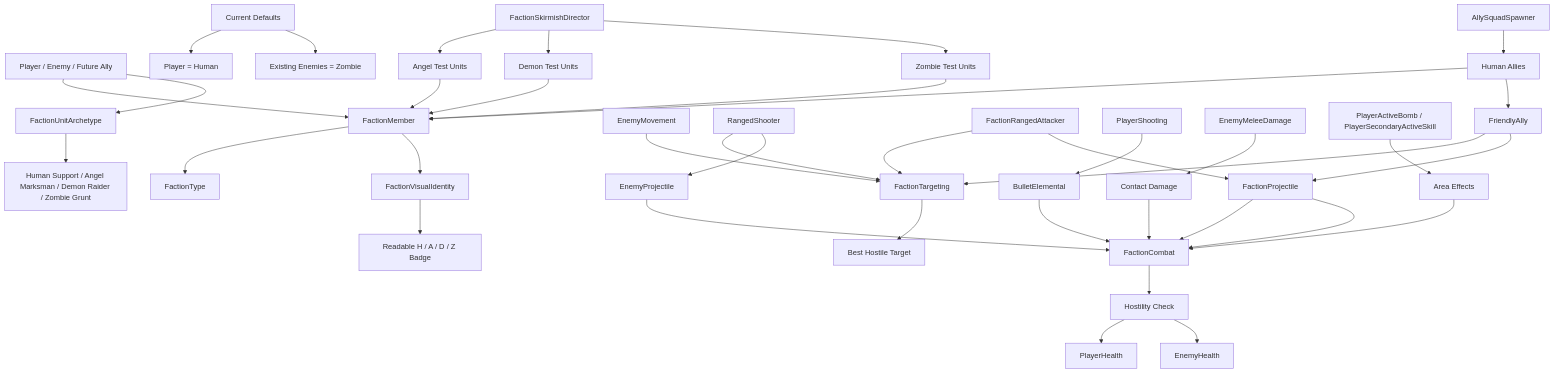
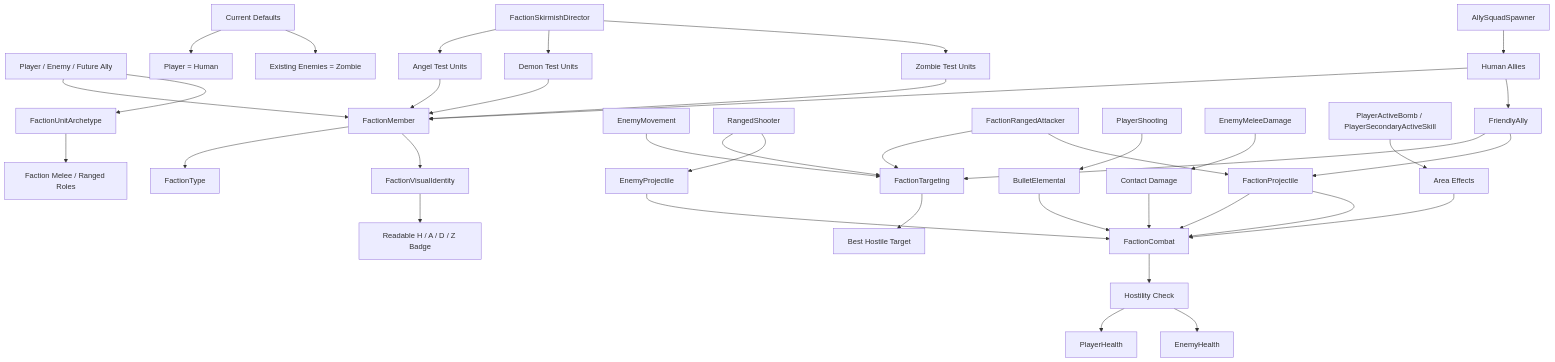
Before and after one commit to bpopovgit/bullet-heaven-game: the second of 5 diagrams in Docs/SYSTEM_GRAPH.md, drawn with Mermaid. The commit also changed 28 other files, not shown here.

````diff
--- a/Docs/SYSTEM_GRAPH.md
+++ b/Docs/SYSTEM_GRAPH.md
@@ -72,47 +72,47 @@
 ```mermaid
 flowchart TD
     A["Player / Enemy / Future Ally"] --> B["FactionMember"]
     B --> C["FactionType"]
     B --> BA["FactionVisualIdentity"]
     BA --> BB["Readable H / A / D / Z Badge"]
     A --> BC["FactionUnitArchetype"]
-    BC --> BD["Human Support / Angel Marksman / Demon Raider / Zombie Grunt"]
+    BC --> BD["Faction Melee / Ranged Roles"]
 
     D["EnemyMovement"] --> E["FactionTargeting"]
     F["RangedShooter"] --> E
     FE["FactionRangedAttacker"] --> E
     E --> G["Best Hostile Target"]
 
     H["PlayerShooting"] --> I["BulletElemental"]
     F --> J["EnemyProjectile"]
     K["EnemyMeleeDamage"] --> L["Contact Damage"]
     M["PlayerActiveBomb / PlayerSecondaryActiveSkill"] --> N["Area Effects"]
 
     I --> O["FactionCombat"]
     J --> O
     FE --> Y["FactionProjectile"]
     Y --> O
     L --> O
     N --> O
 
     O --> P["Hostility Check"]
     P --> Q["PlayerHealth"]
     P --> R["EnemyHealth"]
 
     S["Current Defaults"] --> T["Player = Human"]
     S --> U["Existing Enemies = Zombie"]
 
     V["AllySquadSpawner"] --> W["Human Allies"]
     W --> B
     W --> X["FriendlyAlly"]
     X --> E
     X --> Y["FactionProjectile"]
     Y --> O
 
     Z["FactionSkirmishDirector"] --> ZA["Angel Test Units"]
     Z --> ZB["Demon Test Units"]
     Z --> ZC["Zombie Test Units"]
     ZA --> B
     ZB --> B
     ZC --> B
 ```
````
